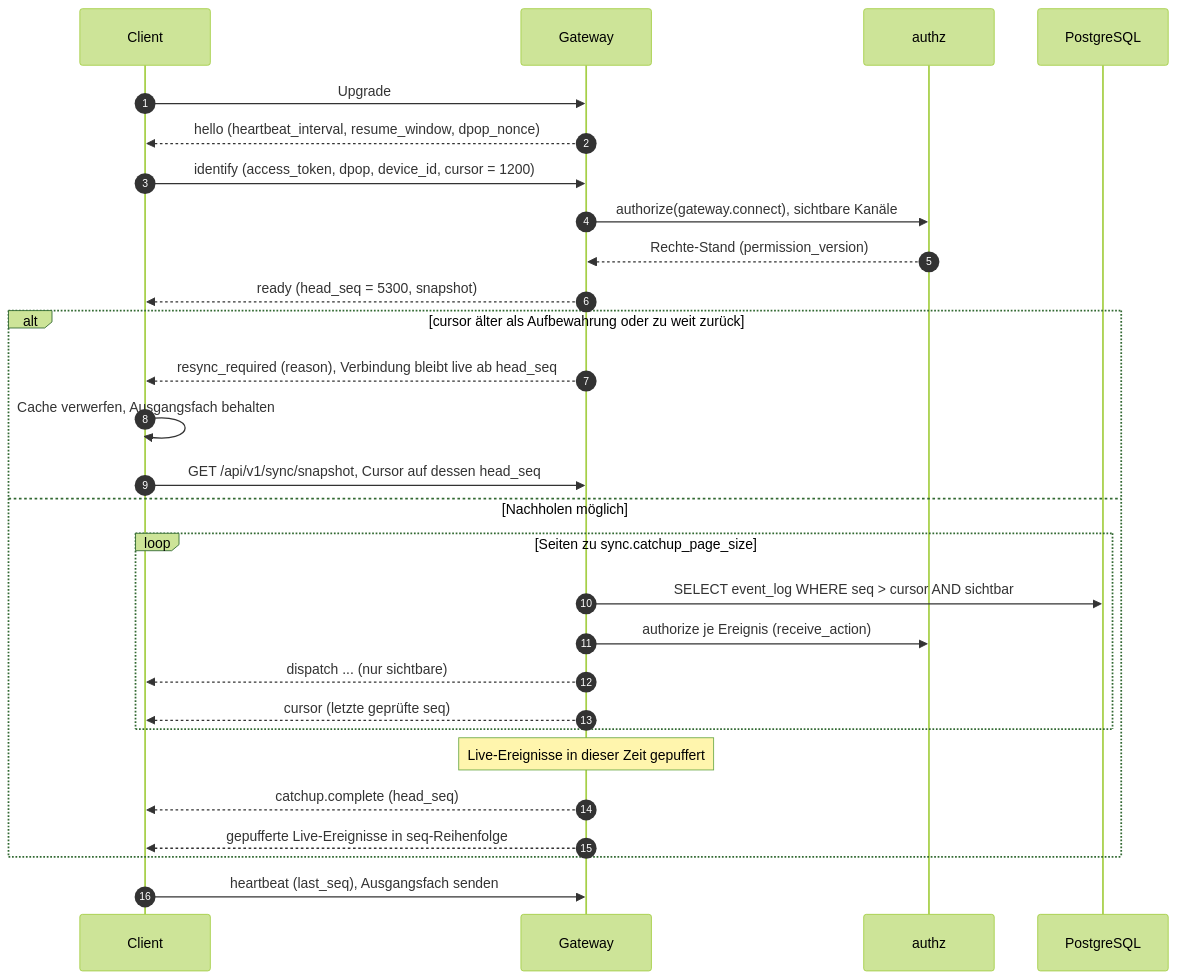
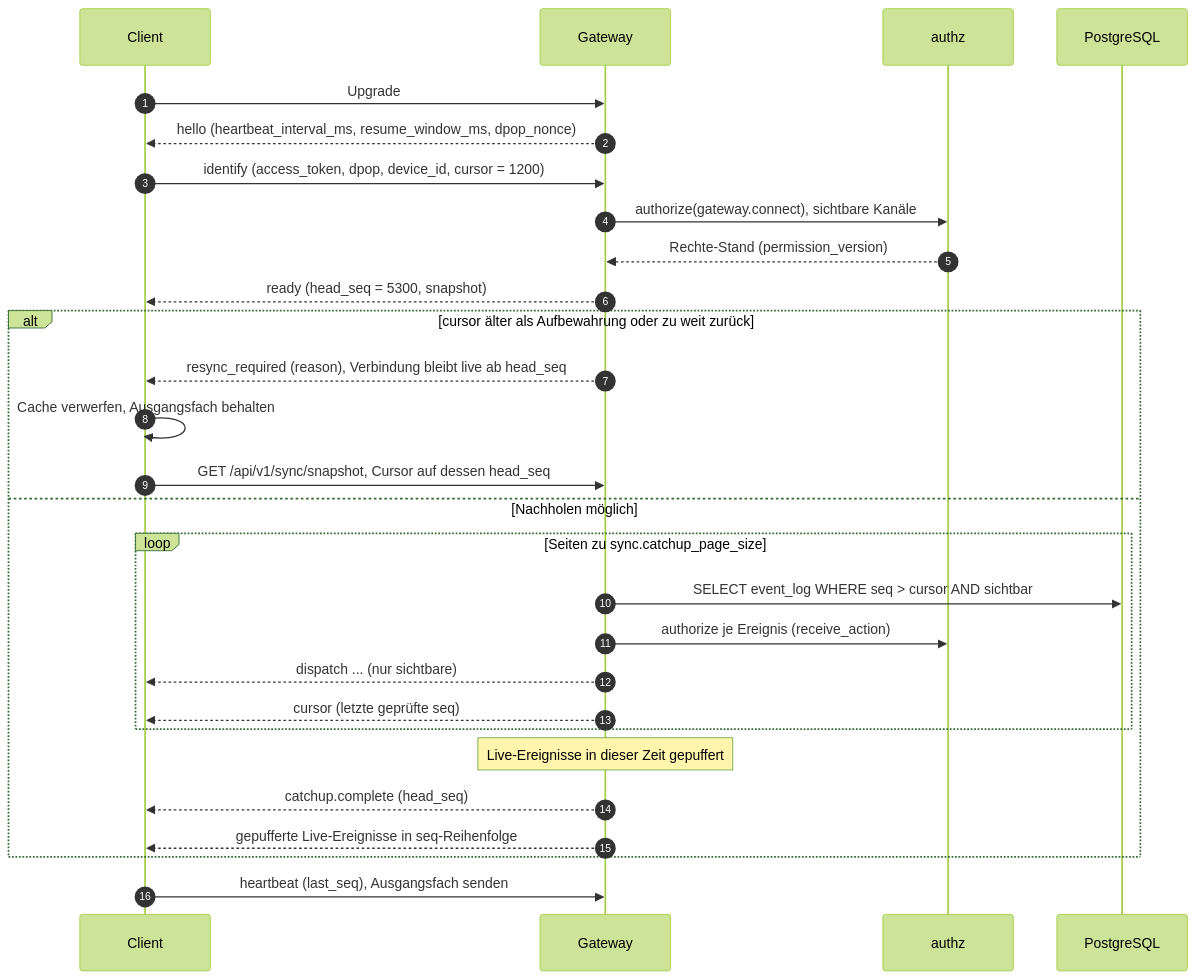
Before and after one commit to mguttmann/bothy: the third of 5 diagrams in docs/spec/04-sync-protokoll.md, drawn with Mermaid (forest theme). The commit also changed other lines of this file and 92 other files, not shown here.

First line of the commit message:
feat(gateway): WebSocket connection, session, heartbeat, reauth and resume (M1-64)

````diff
--- a/docs/spec/04-sync-protokoll.md
+++ b/docs/spec/04-sync-protokoll.md
@@ -921,30 +922,30 @@
 ```mermaid
 sequenceDiagram
     autonumber
     participant C as Client
     participant GW as Gateway
     participant AZ as authz
     participant DB as PostgreSQL
     C->>GW: Upgrade
-    GW-->>C: hello (heartbeat_interval, resume_window, dpop_nonce)
+    GW-->>C: hello (heartbeat_interval_ms, resume_window_ms, dpop_nonce)
     C->>GW: identify (access_token, dpop, device_id, cursor = 1200)
     GW->>AZ: authorize(gateway.connect), sichtbare Kanäle
     AZ-->>GW: Rechte-Stand (permission_version)
     GW-->>C: ready (head_seq = 5300, snapshot)
     alt cursor älter als Aufbewahrung oder zu weit zurück
         GW-->>C: resync_required (reason), Verbindung bleibt live ab head_seq
         C->>C: Cache verwerfen, Ausgangsfach behalten
         C->>GW: GET /api/v1/sync/snapshot, Cursor auf dessen head_seq
     else Nachholen möglich
         loop Seiten zu sync.catchup_page_size
             GW->>DB: SELECT event_log WHERE seq > cursor AND sichtbar
             GW->>AZ: authorize je Ereignis (receive_action)
             GW-->>C: dispatch ... (nur sichtbare)
             GW-->>C: cursor (letzte geprüfte seq)
         end
         Note over GW: Live-Ereignisse in dieser Zeit gepuffert
         GW-->>C: catchup.complete (head_seq)
         GW-->>C: gepufferte Live-Ereignisse in seq-Reihenfolge
     end
     C->>GW: heartbeat (last_seq), Ausgangsfach senden
 ```
````
